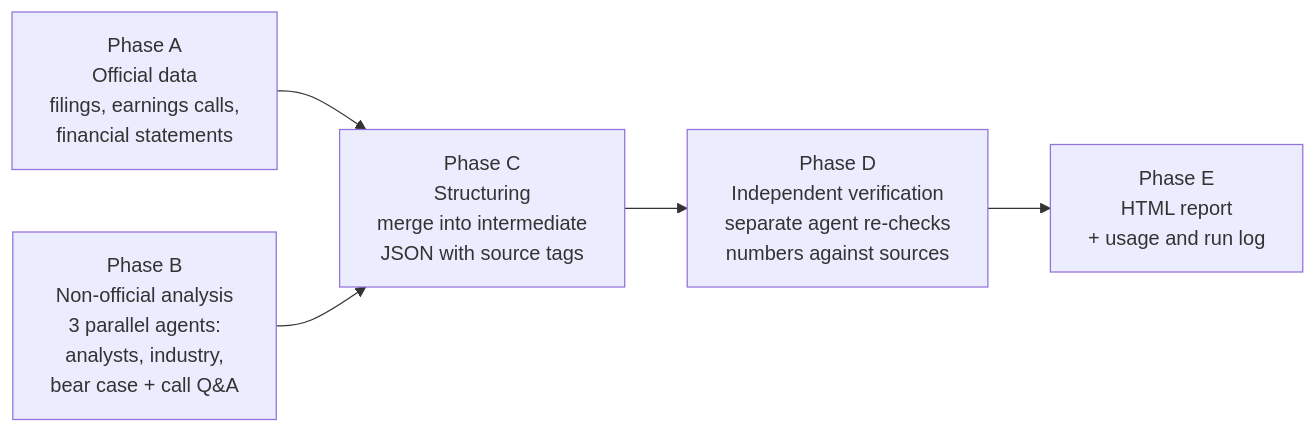
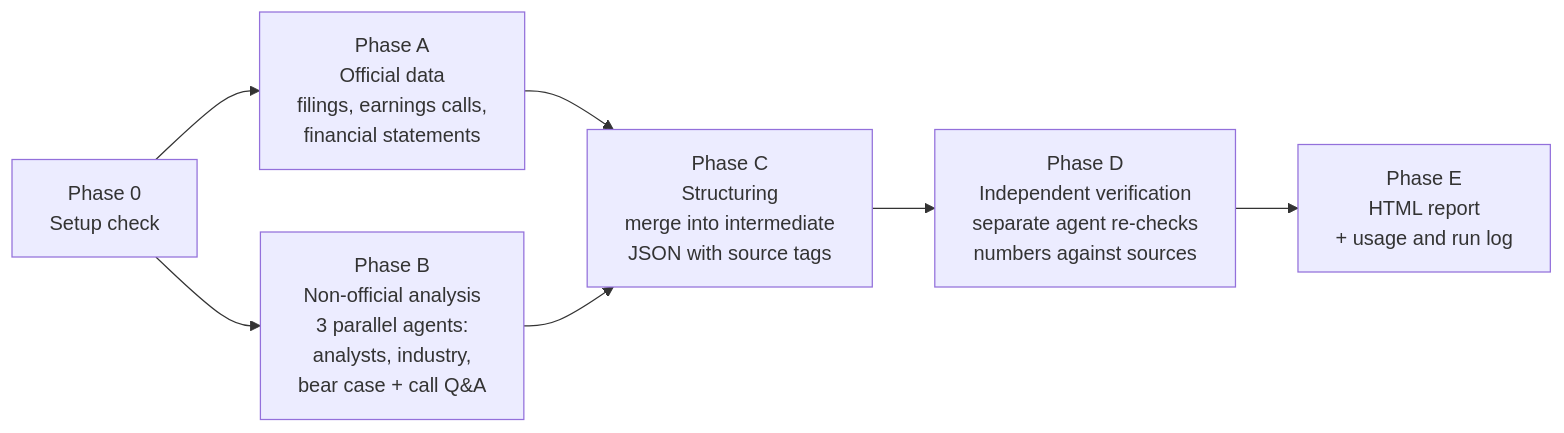
The diagram in README.md (xingyen0613/tw-stock-research), drawn with Mermaid before and after one commit. The commit also changed other lines of this file and 10 other files, not shown here.

````diff
--- a/README.md
+++ b/README.md
@@ -26,8 +144,10 @@
 ```mermaid
 flowchart LR
+  P["Phase 0<br/>Setup check"] --> A
+  P --> B
   A["Phase A<br/>Official data<br/>filings, earnings calls,<br/>financial statements"] --> C
   B["Phase B<br/>Non-official analysis<br/>3 parallel agents:<br/>analysts, industry,<br/>bear case + call Q&A"] --> C
   C["Phase C<br/>Structuring<br/>merge into intermediate<br/>JSON with source tags"] --> D
   D["Phase D<br/>Independent verification<br/>separate agent re-checks<br/>numbers against sources"] --> E
   E["Phase E<br/>HTML report<br/>+ usage and run log"]
 ```
````
